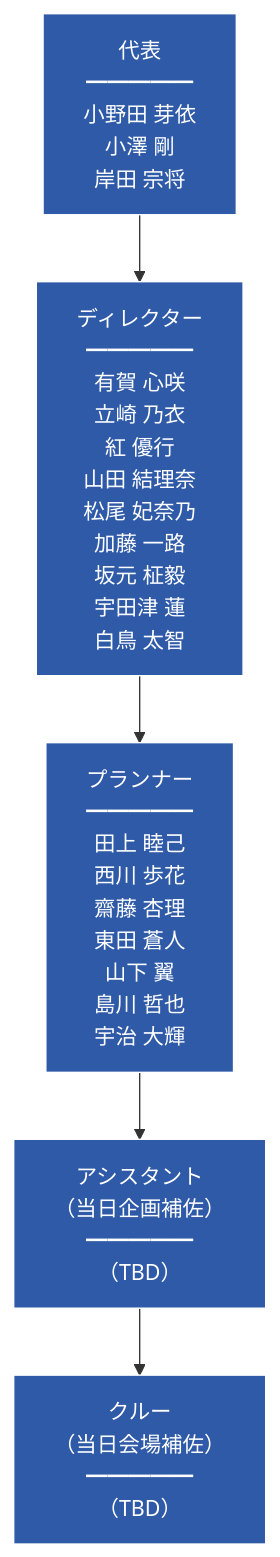
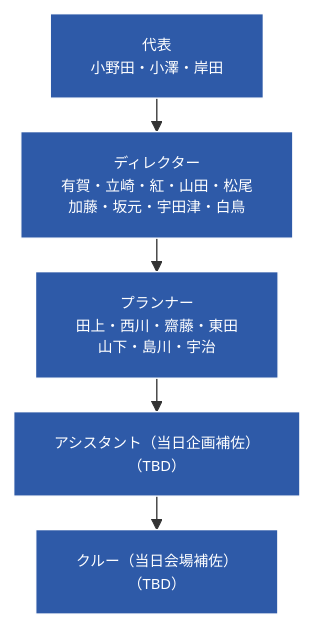
One commit to liofval/spikes_hr changed the first of 3 diagrams in spikes-org-chart.md. Above: the diagram before and after it, drawn with Mermaid. The commit also changed 1 other file, not shown here.

Commit message:
ロール階層図をコンパクトに表示
- 名前を1行2-3名の「・」区切りに圧縮
- mermaid initでフォントサイズと間隔を縮小
- index.html側はmax-widthを480pxに制限

````diff
--- a/spikes-org-chart.md
+++ b/spikes-org-chart.md
@@ -9,12 +9,13 @@
 ```mermaid
+%%{init: {'flowchart': {'nodeSpacing': 20, 'rankSpacing': 25}, 'themeVariables': {'fontSize': '11px'}}}%%
 graph TD
-    R["代表<br/>━━━━━<br/>小野田 芽依<br/>小澤 剛<br/>岸田 宗将"]
-    D["ディレクター<br/>━━━━━<br/>有賀 心咲<br/>立崎 乃衣<br/>紅 優行<br/>山田 結理奈<br/>松尾 妃奈乃<br/>加藤 一路<br/>坂元 柾毅<br/>宇田津 蓮<br/>白鳥 太智"]
-    P["プランナー<br/>━━━━━<br/>田上 睦己<br/>西川 歩花<br/>齋藤 杏理<br/>東田 蒼人<br/>山下 翼<br/>島川 哲也<br/>宇治 大輝"]
-    A["アシスタント<br/>（当日企画補佐）<br/>━━━━━<br/>（TBD）"]
-    C["クルー<br/>（当日会場補佐）<br/>━━━━━<br/>（TBD）"]
+    R["代表<br/>小野田・小澤・岸田"]
+    D["ディレクター<br/>有賀・立崎・紅・山田・松尾<br/>加藤・坂元・宇田津・白鳥"]
+    P["プランナー<br/>田上・西川・齋藤・東田<br/>山下・島川・宇治"]
+    A["アシスタント（当日企画補佐）<br/>（TBD）"]
+    C["クルー（当日会場補佐）<br/>（TBD）"]
     R --> D --> P --> A --> C
 
     classDef role fill:#2e5aa8,stroke:#fff,color:#fff;
     class R,D,P,A,C role;
 ```
````
